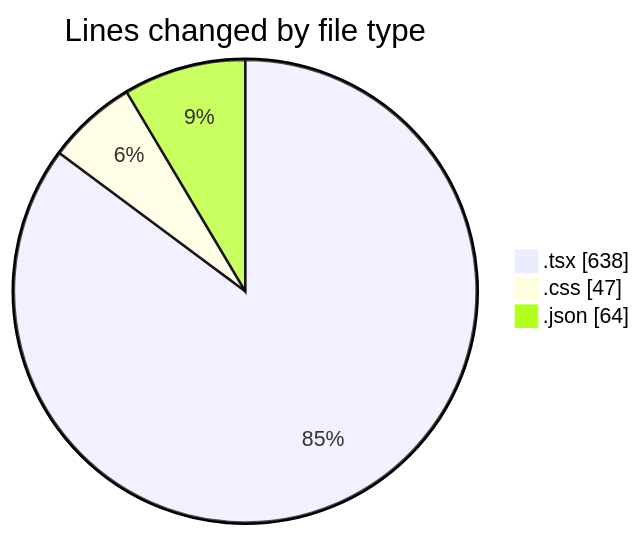
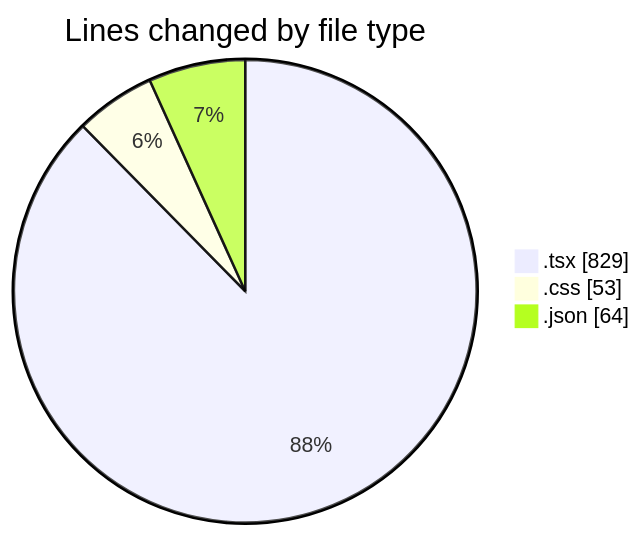
One commit to Elitesun/code-tracking changed the first of 2 diagrams in 2025-04-10/product-page/README.md. Above: the diagram before and after it, drawn with Mermaid. The commit also changed other lines of this file and 1 other file, not shown here.

````diff
--- a/2025-04-10/product-page/README.md
+++ b/2025-04-10/product-page/README.md
@@ -27,7 +29,7 @@
 ```mermaid
 pie showData
 title Lines changed by file type
-".tsx" : 638
-".css" : 47
+".tsx" : 829
+".css" : 53
 ".json" : 64
 ```
````
